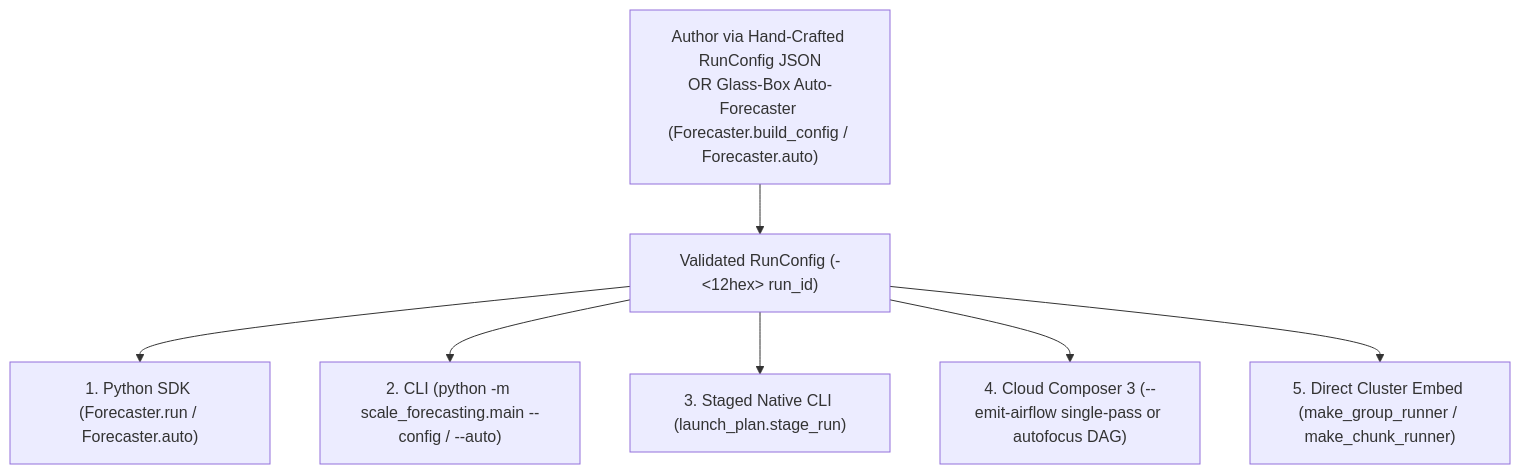
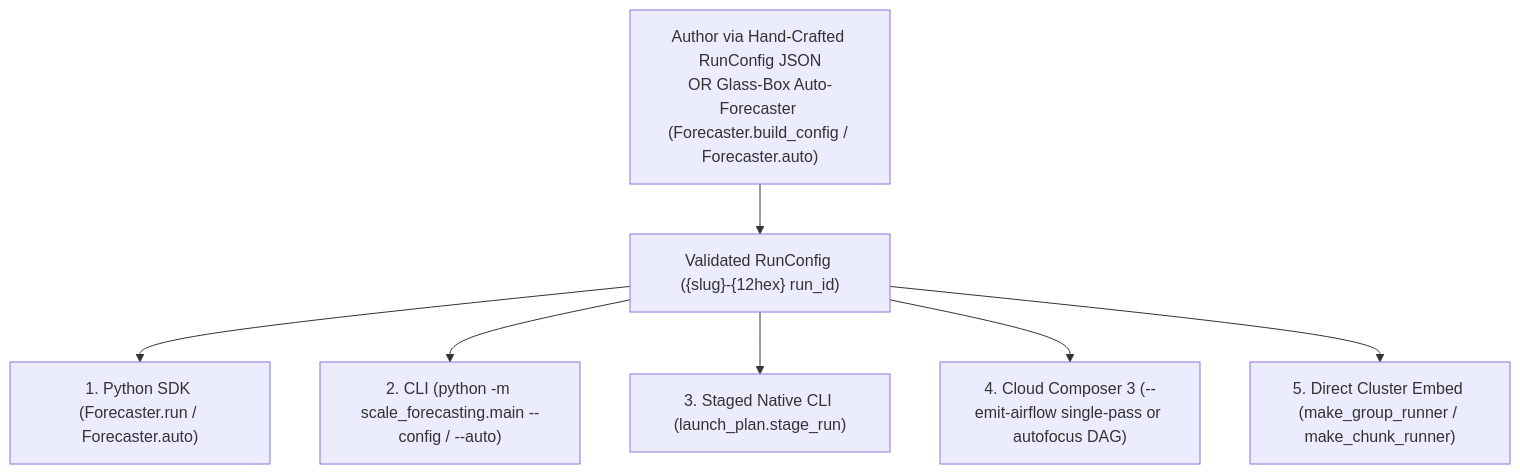
Before and after one commit to statmike/scale-forecasting: the second of 3 diagrams in docs/overview.md, drawn with Mermaid. The commit also changed 14 other files, not shown here.

Commit message:
docs(mermaid): reconfigure wide diagrams to vertical TD layout with concise labels

````diff
--- a/docs/overview.md
+++ b/docs/overview.md
@@ -135,9 +135,9 @@
 ```mermaid
 flowchart TD
-    src["Author via Hand-Crafted RunConfig JSON<br/>OR Glass-Box Auto-Forecaster (Forecaster.build_config / Forecaster.auto)"] --> cfg["Validated RunConfig (<slug>-<12hex> run_id)"]
+    src["Author via Hand-Crafted RunConfig JSON<br/>OR Glass-Box Auto-Forecaster (Forecaster.build_config / Forecaster.auto)"] --> cfg["Validated RunConfig ({slug}-{12hex} run_id)"]
     cfg --> E1["1. Python SDK (Forecaster.run / Forecaster.auto)"]
     cfg --> E2["2. CLI (python -m scale_forecasting.main --config / --auto)"]
     cfg --> E3["3. Staged Native CLI (launch_plan.stage_run)"]
     cfg --> E4["4. Cloud Composer 3 (--emit-airflow single-pass or autofocus DAG)"]
     cfg --> E5["5. Direct Cluster Embed (make_group_runner / make_chunk_runner)"]
 ```
````
